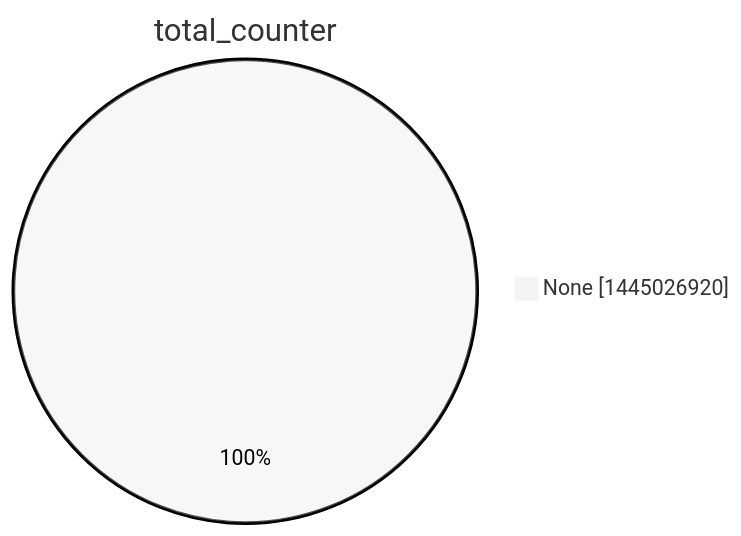
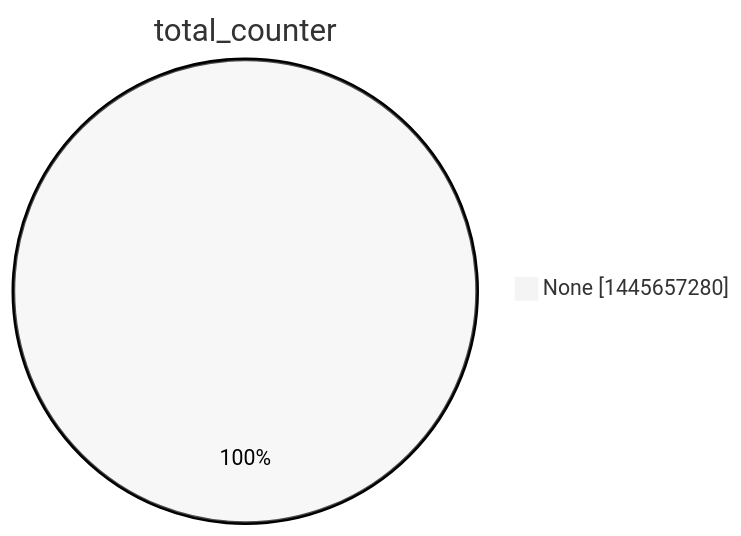
The second of 15 diagrams in argon2022/README.md (christiankrug/ctmonitor_visualization), drawn with Mermaid (neutral theme) before and after one commit. The commit also changed other lines of this file, not shown here.

````diff
--- a/argon2022/README.md
+++ b/argon2022/README.md
@@ -9,5 +9,5 @@
 ```mermaid
 pie showData
 title total_counter
-"None" :1445026920
+"None" :1445657280
 ```
````
